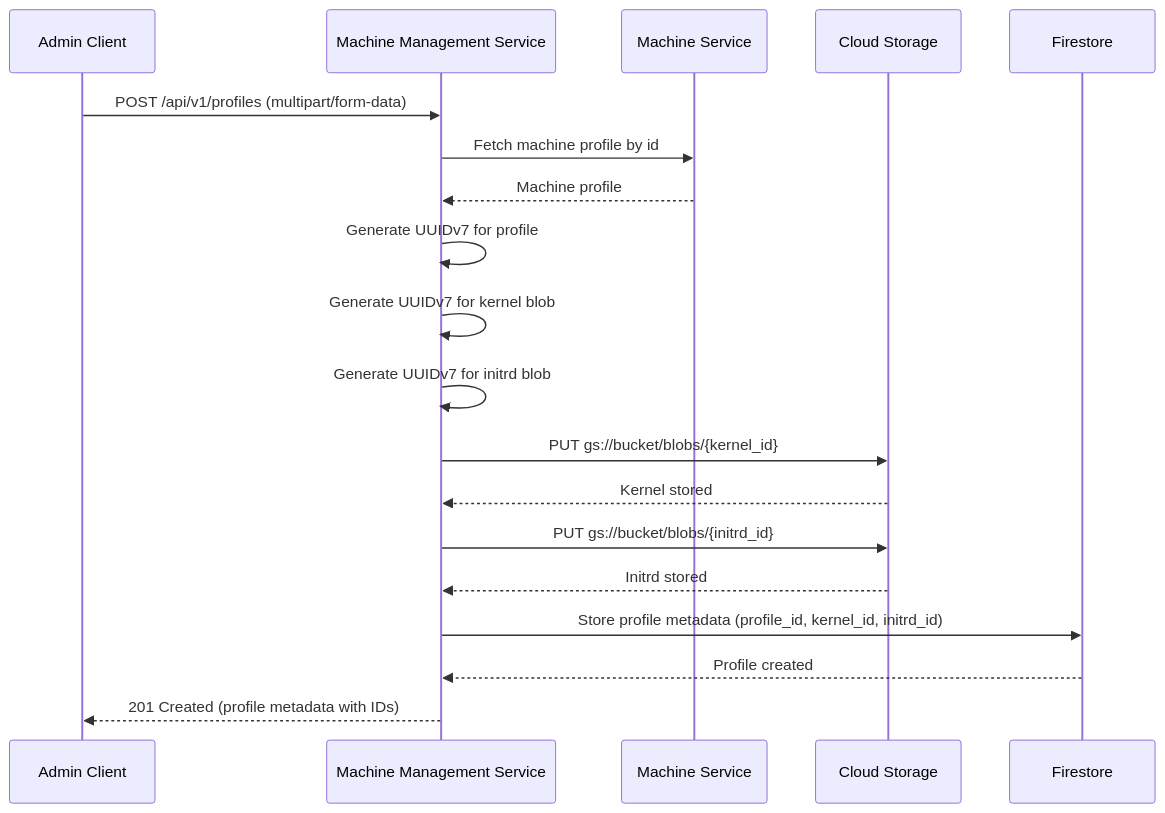
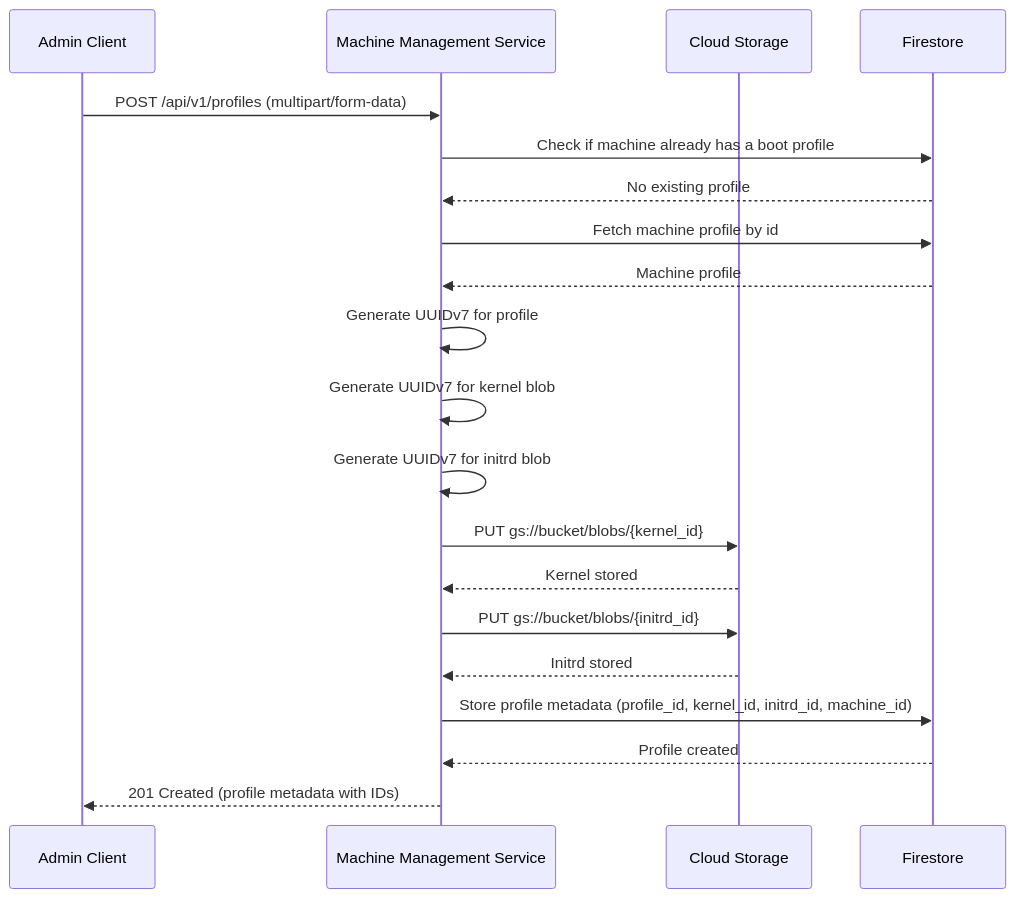
The first of 11 diagrams in docs/content/r&d/services/machine-mgmt/api.md (Zaba505/infra), drawn with Mermaid before and after one commit. The commit also changed other lines of this file and 1 other file, not shown here.

````diff
--- a/docs/content/r&d/services/machine-mgmt/api.md
+++ b/docs/content/r&d/services/machine-mgmt/api.md
@@ -40,22 +40,23 @@
 ```mermaid
 sequenceDiagram
     participant Client as Admin Client
     participant API as Machine Management Service
-    participant MachineDB as Machine Service
     participant Storage as Cloud Storage
     participant DB as Firestore
     
     Client->>API: POST /api/v1/profiles (multipart/form-data)
-    API->>MachineDB: Fetch machine profile by id
-    MachineDB-->>API: Machine profile
+    API->>DB: Check if machine already has a boot profile
+    DB-->>API: No existing profile
+    API->>DB: Fetch machine profile by id
+    DB-->>API: Machine profile
     API->>API: Generate UUIDv7 for profile
     API->>API: Generate UUIDv7 for kernel blob
     API->>API: Generate UUIDv7 for initrd blob
     API->>Storage: PUT gs://bucket/blobs/{kernel_id}
     Storage-->>API: Kernel stored
     API->>Storage: PUT gs://bucket/blobs/{initrd_id}
     Storage-->>API: Initrd stored
-    API->>DB: Store profile metadata (profile_id, kernel_id, initrd_id)
+    API->>DB: Store profile metadata (profile_id, kernel_id, initrd_id, machine_id)
     DB-->>API: Profile created
     API-->>Client: 201 Created (profile metadata with IDs)
 ```
````
